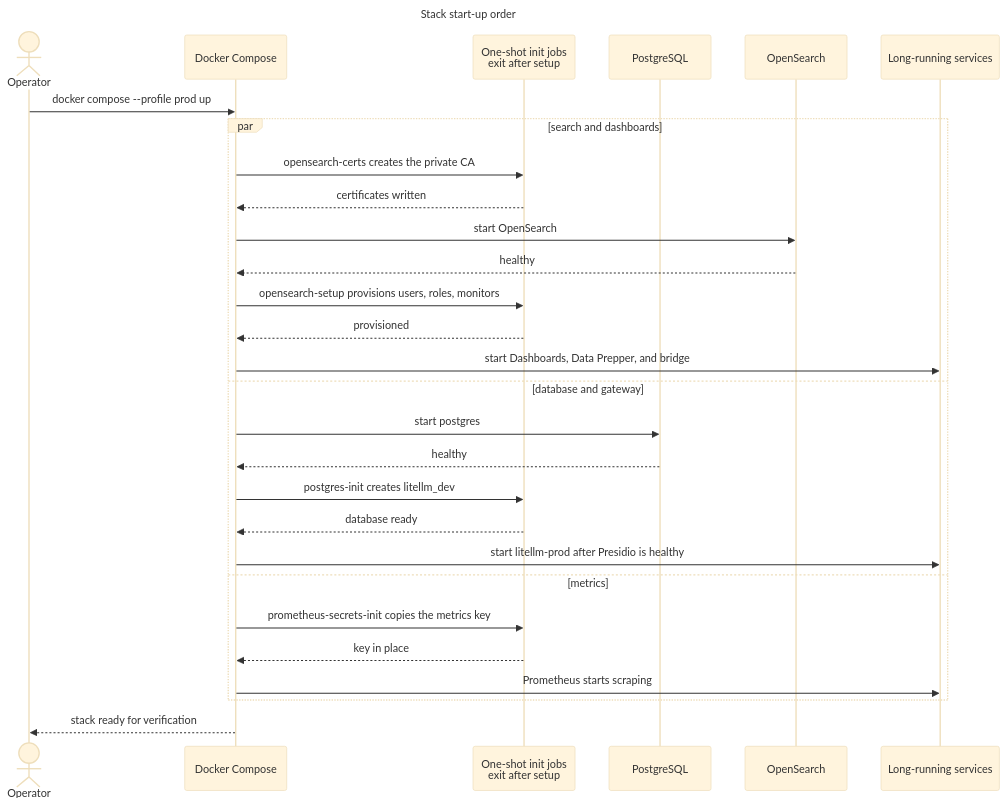
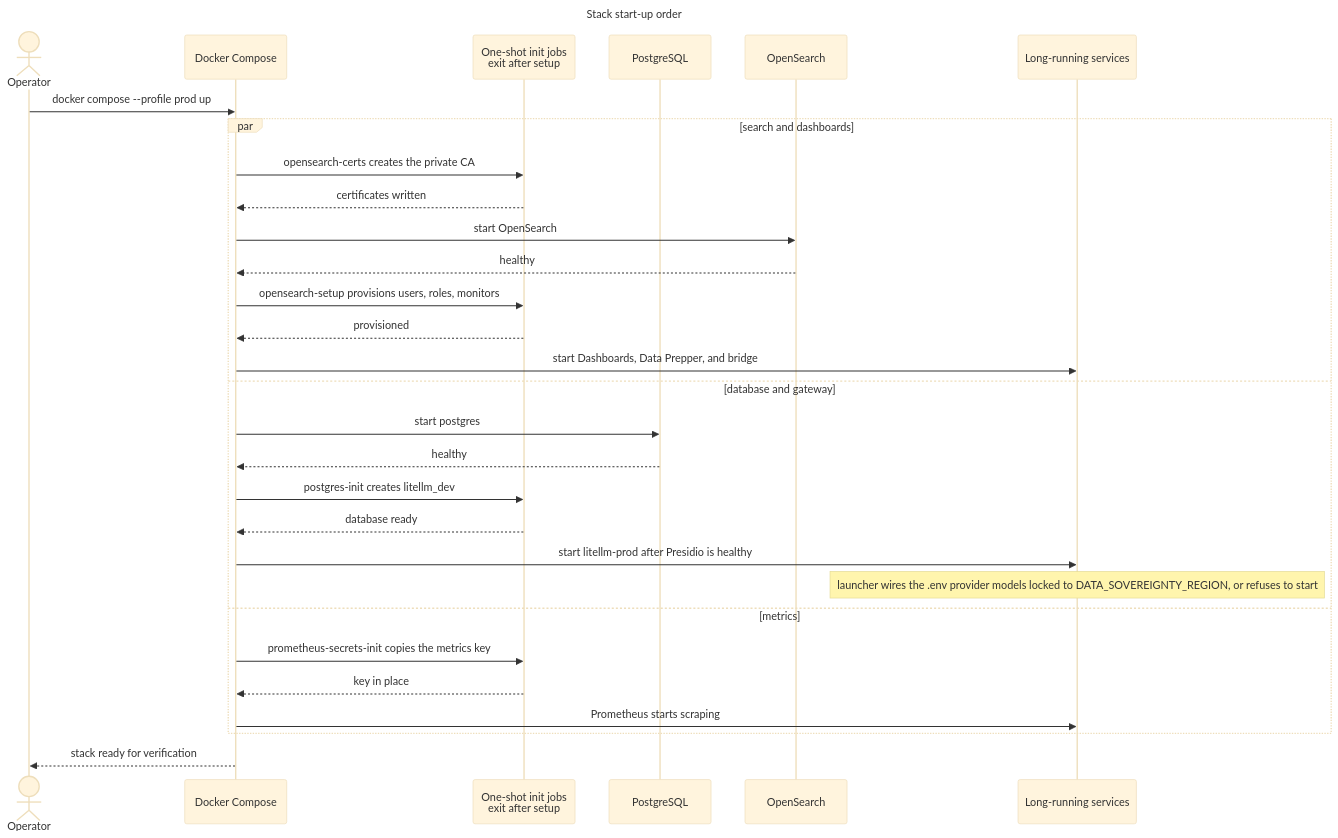
The diagram in diagrams/14-stack-startup-flow.mmd (bella-1337/effective-spoon), drawn with Mermaid (base theme) before and after one commit. The commit also changed 27 other files, not shown here.

```diff
--- a/diagrams/14-stack-startup-flow.mmd
+++ b/diagrams/14-stack-startup-flow.mmd
@@ -1,37 +1,38 @@
 ---
 title: Stack start-up order
 ---
 sequenceDiagram
   %% Source for 14-stack-startup-flow.html. Edit this file, then run ./scripts/render-diagrams.py.
   %% Directives: docs in diagrams/README.md (Updating diagrams).
   %% @subtitle One-shot init jobs and health checks that run when a profile starts, in Compose dependency order
   %% @type cloud: DC
   %% @type database: PG OS
   actor OP as Operator
   participant DC as Docker Compose
   participant INIT as One-shot init jobs<br/>exit after setup
   participant PG as PostgreSQL
   participant OS as OpenSearch
   participant SVC as Long-running services
 
   OP->>DC: docker compose --profile prod up
   par search and dashboards
     DC->>INIT: opensearch-certs creates the private CA
     INIT-->>DC: certificates written
     DC->>OS: start OpenSearch
     OS-->>DC: healthy
     DC->>INIT: opensearch-setup provisions users, roles, monitors
     INIT-->>DC: provisioned
     DC->>SVC: start Dashboards, Data Prepper, and bridge
   and database and gateway
     DC->>PG: start postgres
     PG-->>DC: healthy
     DC->>INIT: postgres-init creates litellm_dev
     INIT-->>DC: database ready
     DC->>SVC: start litellm-prod after Presidio is healthy
+    Note over SVC: launcher wires the .env provider models locked to DATA_SOVEREIGNTY_REGION, or refuses to start
   and metrics
     DC->>INIT: prometheus-secrets-init copies the metrics key
     INIT-->>DC: key in place
     DC->>SVC: Prometheus starts scraping
   end
   DC-->>OP: stack ready for verification
```
